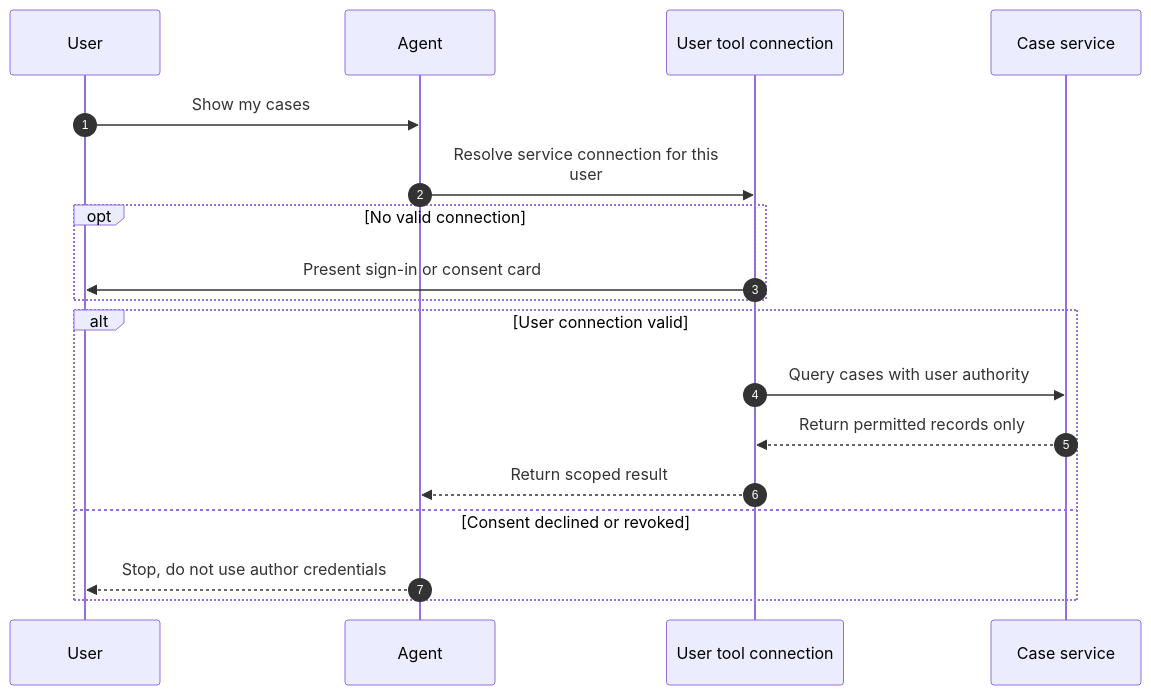
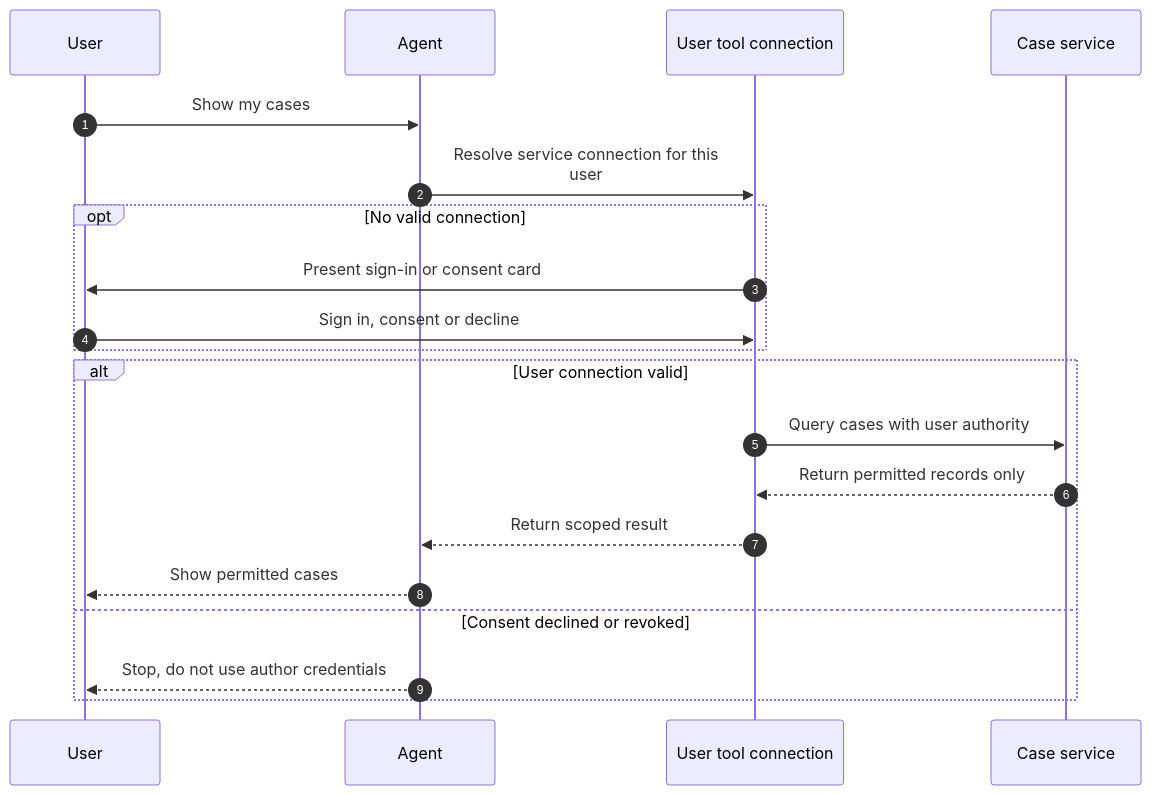
Before and after one commit to abhishek-ai-enabler/copilotstudio-architecture-patterns: the second of 2 diagrams in technical-patterns/tool-identity.md, drawn with Mermaid. The commit also changed other lines of this file and 41 other files, not shown here.

First line of the commit message:
Review diagrams: add return paths and fix flow accuracy

````diff
--- a/technical-patterns/tool-identity.md
+++ b/technical-patterns/tool-identity.md
@@ -33,21 +35,23 @@
 ```mermaid
 sequenceDiagram
     accTitle: Carry the user's authority to a downstream tool - technical flow
     autonumber
     participant U as User
     participant A as Agent
     participant C as User tool connection
     participant S as Case service
     U->>A: Show my cases
     A->>C: Resolve service connection for this<br/>user
     opt No valid connection
-        C->>U: Present sign-in or consent card
+      C->>U: Present sign-in or consent card
+      U->>C: Sign in, consent or decline
     end
     alt User connection valid
-        C->>S: Query cases with user authority
-        S-->>C: Return permitted records only
-        C-->>A: Return scoped result
+      C->>S: Query cases with user authority
+      S-->>C: Return permitted records only
+      C-->>A: Return scoped result
+      A-->>U: Show permitted cases
     else Consent declined or revoked
-        A-->>U: Stop, do not use author credentials
+      A-->>U: Stop, do not use author credentials
     end
 ```
````
